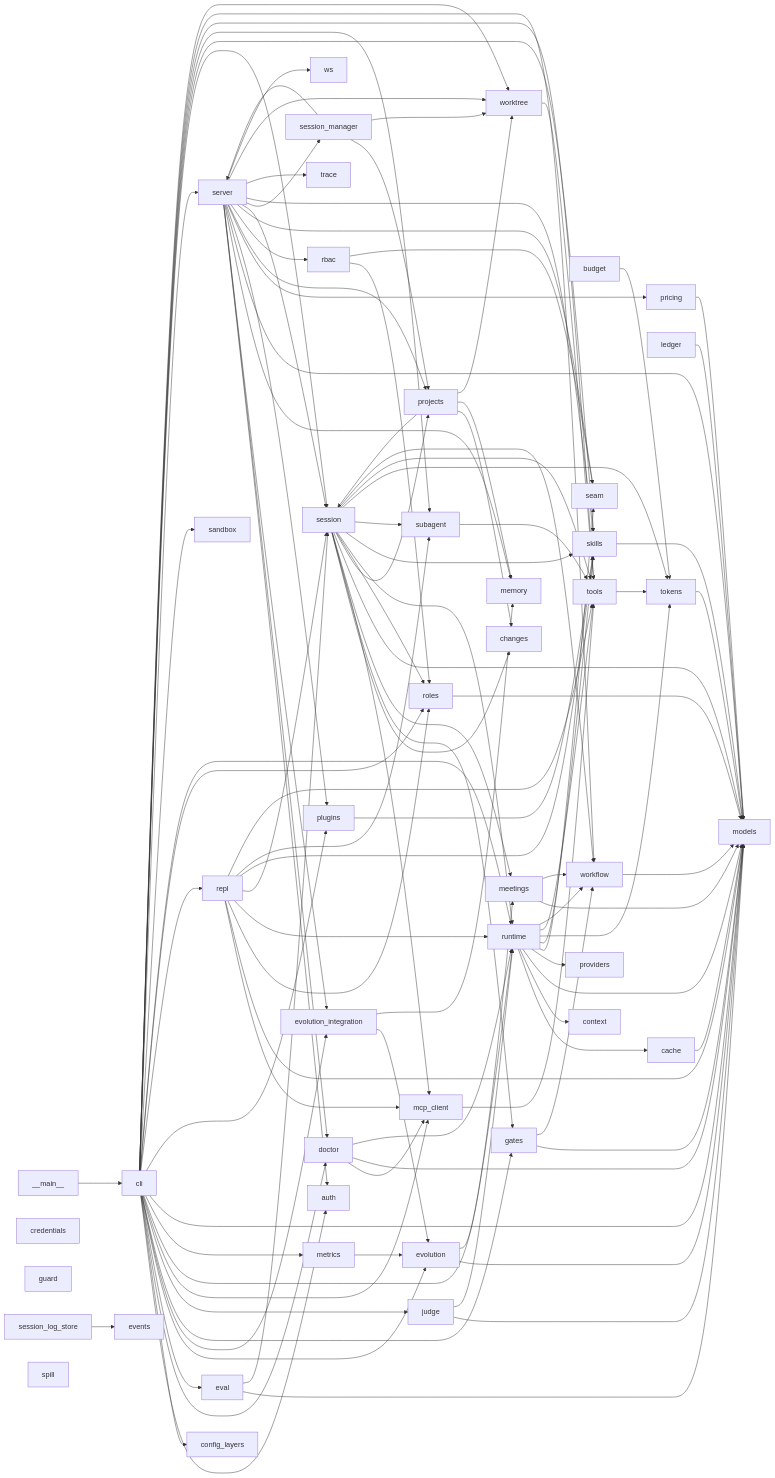
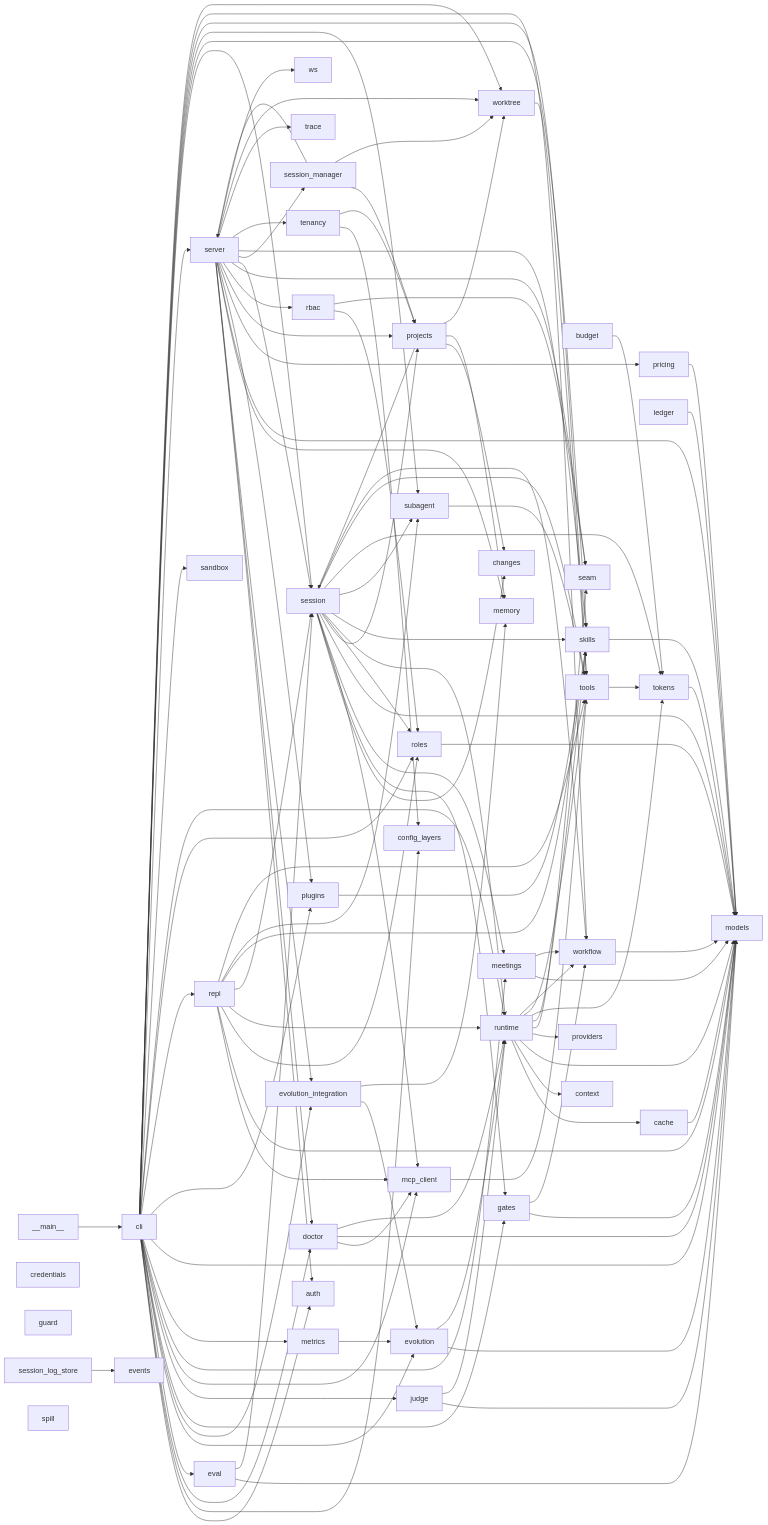
One commit to Natsummerance/agent-cluster-runtime changed the diagram in docs/module-graph.md. Above: the diagram before and after it, drawn with Mermaid. The commit also changed 11 other files, not shown here.

```diff
--- a/docs/module-graph.md
+++ b/docs/module-graph.md
@@ -44,6 +44,7 @@
     skills[skills]
     spill[spill]
     subagent[subagent]
+    tenancy[tenancy]
     tokens[tokens]
     tools[tools]
     trace[trace]
@@ -134,6 +135,7 @@
     server --> session
     server --> session_manager
     server --> skills
+    server --> tenancy
     server --> trace
     server --> worktree
     server --> ws
@@ -156,6 +158,8 @@
     session_manager --> worktree
     skills --> models
     subagent --> tools
+    tenancy --> config_layers
+    tenancy --> projects
     tokens --> models
     tools --> tokens
     workflow --> models
```
